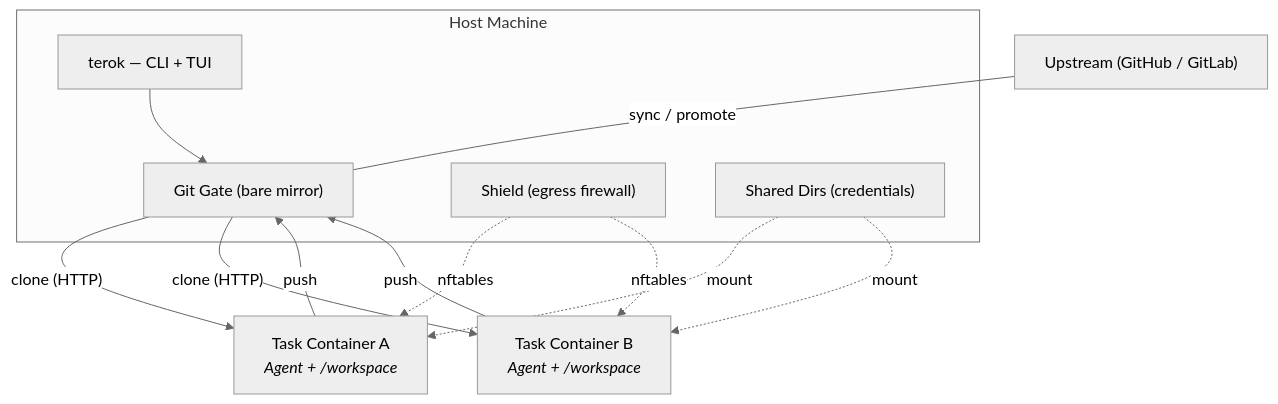
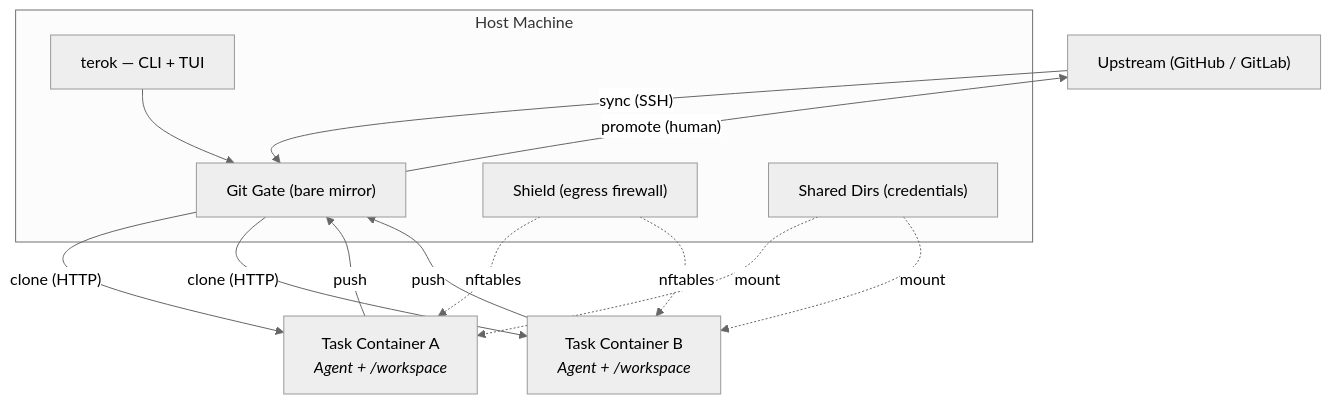
One commit to sliwowitz/luskctl changed the second of 10 diagrams in docs/concepts.md. Above: the diagram before and after it, drawn with Mermaid (neutral theme).

Commit message:
fix: restore bidirectional arrows in architecture diagram
Correctness over layout — show the actual sync and promote
directions between upstream and gate.

````diff
--- a/docs/concepts.md
+++ b/docs/concepts.md
@@ -61,25 +61,27 @@
 ```mermaid
 graph TD
     UPSTREAM["Upstream (GitHub / GitLab)"]
-    UPSTREAM -- "sync / promote" --- GATE
+
+    UPSTREAM -- "sync (SSH)" --> GATE
+    GATE -- "promote (human)" --> UPSTREAM
 
     subgraph HOST [Host Machine]
         TEROK["terok — CLI + TUI"]
         GATE["Git Gate (bare mirror)"]
         SHIELD["Shield (egress firewall)"]
         SHARED["Shared Dirs (credentials)"]
         TEROK --> GATE
     end
 
     GATE -- "clone (HTTP)" --> TASK_A
     GATE -- "clone (HTTP)" --> TASK_B
     TASK_A -- "push" --> GATE
     TASK_B -- "push" --> GATE
     SHIELD -. "nftables" .-> TASK_A
     SHIELD -. "nftables" .-> TASK_B
     SHARED -. "mount" .-> TASK_A
     SHARED -. "mount" .-> TASK_B
 
     TASK_A["Task Container A<br/><i>Agent + /workspace</i>"]
     TASK_B["Task Container B<br/><i>Agent + /workspace</i>"]
 ```
````
